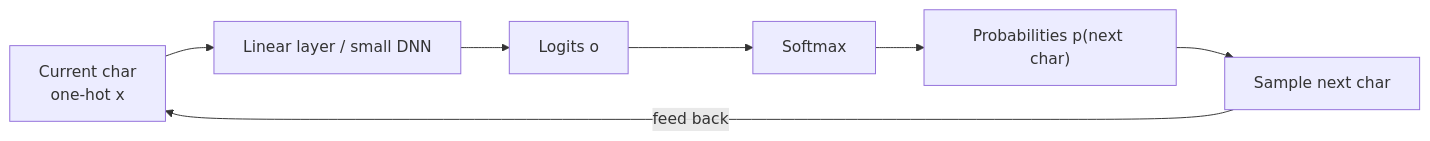
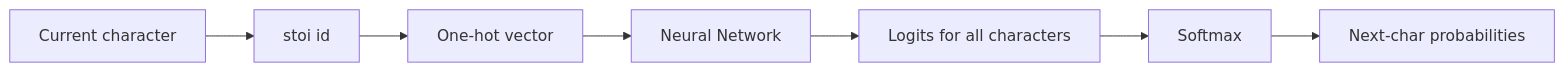
Before and after one commit to Traenqui/bsc-informatik-fh-ost: the first of 2 diagrams in generative-ai/notes/02-deep-learning-revision.md, drawn with Mermaid. The commit also changed other lines of this file and 12 other files, not shown here.

````diff
--- a/generative-ai/notes/02-deep-learning-revision.md
+++ b/generative-ai/notes/02-deep-learning-revision.md
@@ -92,9 +74,9 @@
 ```mermaid
 flowchart LR
-  C[Current char<br/>one-hot x] --> NN[Linear layer / small DNN]
-  NN --> O[Logits o]
-  O --> SM[Softmax]
-  SM --> P["Probabilities p(next char)"]
-  P --> S[Sample next char]
-  S -->|feed back| C
+  C[Current character] --> ID[stoi id]
+  ID --> OH[One-hot vector]
+  OH --> NN[Neural Network]
+  NN --> L[Logits for all characters]
+  L --> S[Softmax]
+  S --> P[Next-char probabilities]
 ```
````
